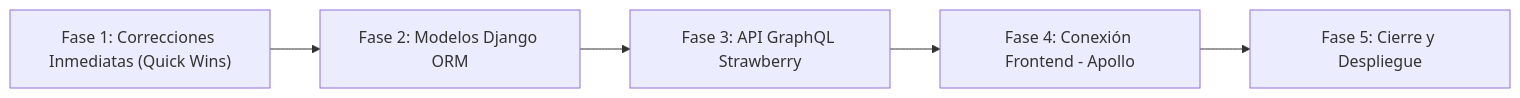
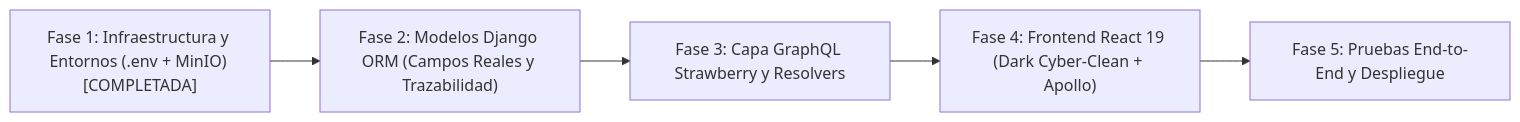
Before and after one commit to AireyuC/proyectoPF: the diagram in Docs/05_ROADMAP_Y_PLAN_DE_REACTIVACION.md, drawn with Mermaid. The commit also changed other lines of this file and 15 other files, not shown here.

````diff
--- a/Docs/05_ROADMAP_Y_PLAN_DE_REACTIVACION.md
+++ b/Docs/05_ROADMAP_Y_PLAN_DE_REACTIVACION.md
@@ -9,13 +9,13 @@
 ```mermaid
 graph LR
-    Fase1["Fase 1: Correcciones Inmediatas (Quick Wins)"]
-    Fase2["Fase 2: Modelos Django ORM"]
-    Fase3["Fase 3: API GraphQL Strawberry"]
-    Fase4["Fase 4: Conexión Frontend - Apollo"]
-    Fase5["Fase 5: Cierre y Despliegue"]
+    Fase1["Fase 1: Infraestructura y Entornos (.env + MinIO) [COMPLETADA]"]
+    Fase2["Fase 2: Modelos Django ORM (Campos Reales y Trazabilidad)"]
+    Fase3["Fase 3: Capa GraphQL Strawberry y Resolvers"]
+    Fase4["Fase 4: Frontend React 19 (Dark Cyber-Clean + Apollo)"]
+    Fase5["Fase 5: Pruebas End-to-End y Despliegue"]
 
     Fase1 --> Fase2
     Fase2 --> Fase3
     Fase3 --> Fase4
     Fase4 --> Fase5
 ```
````
